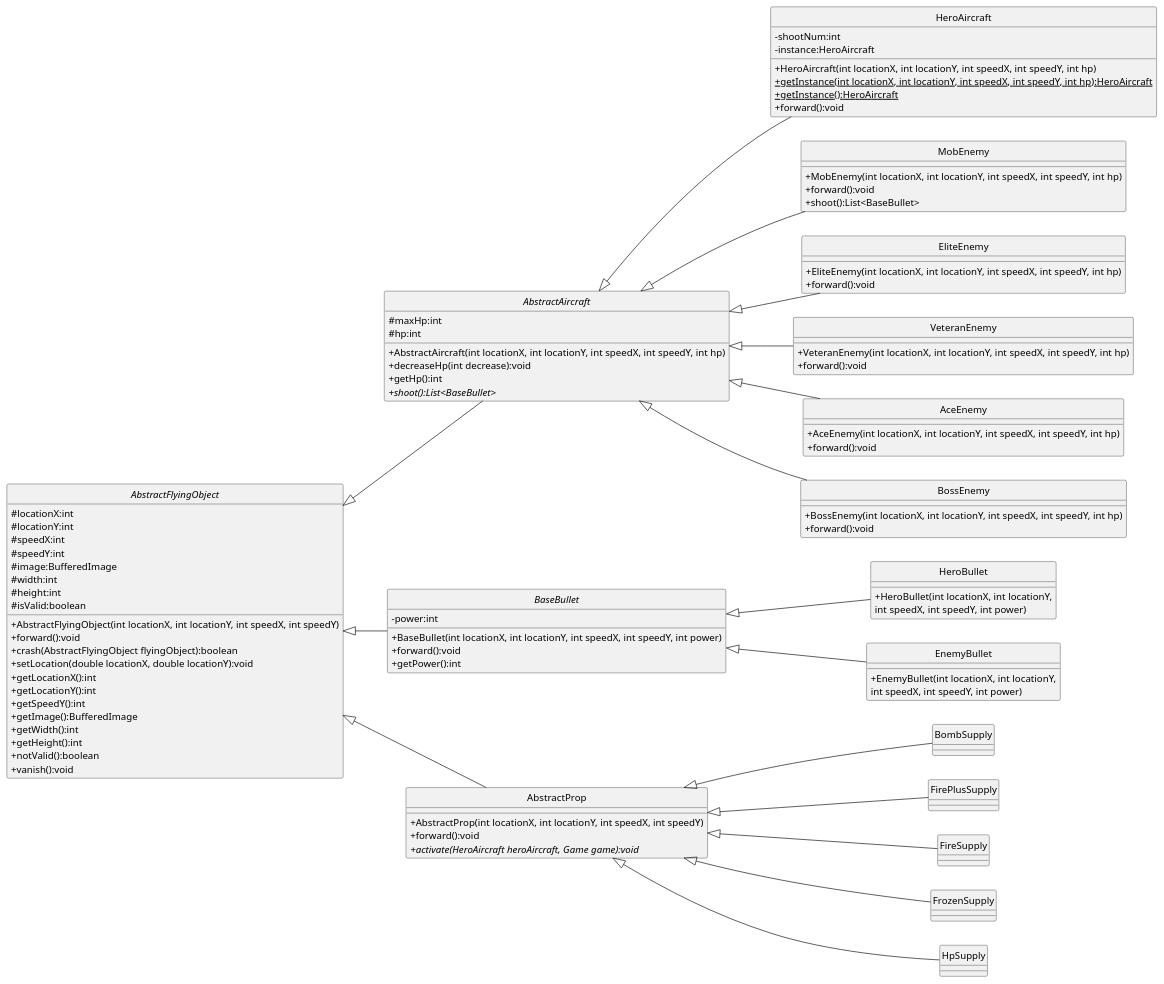
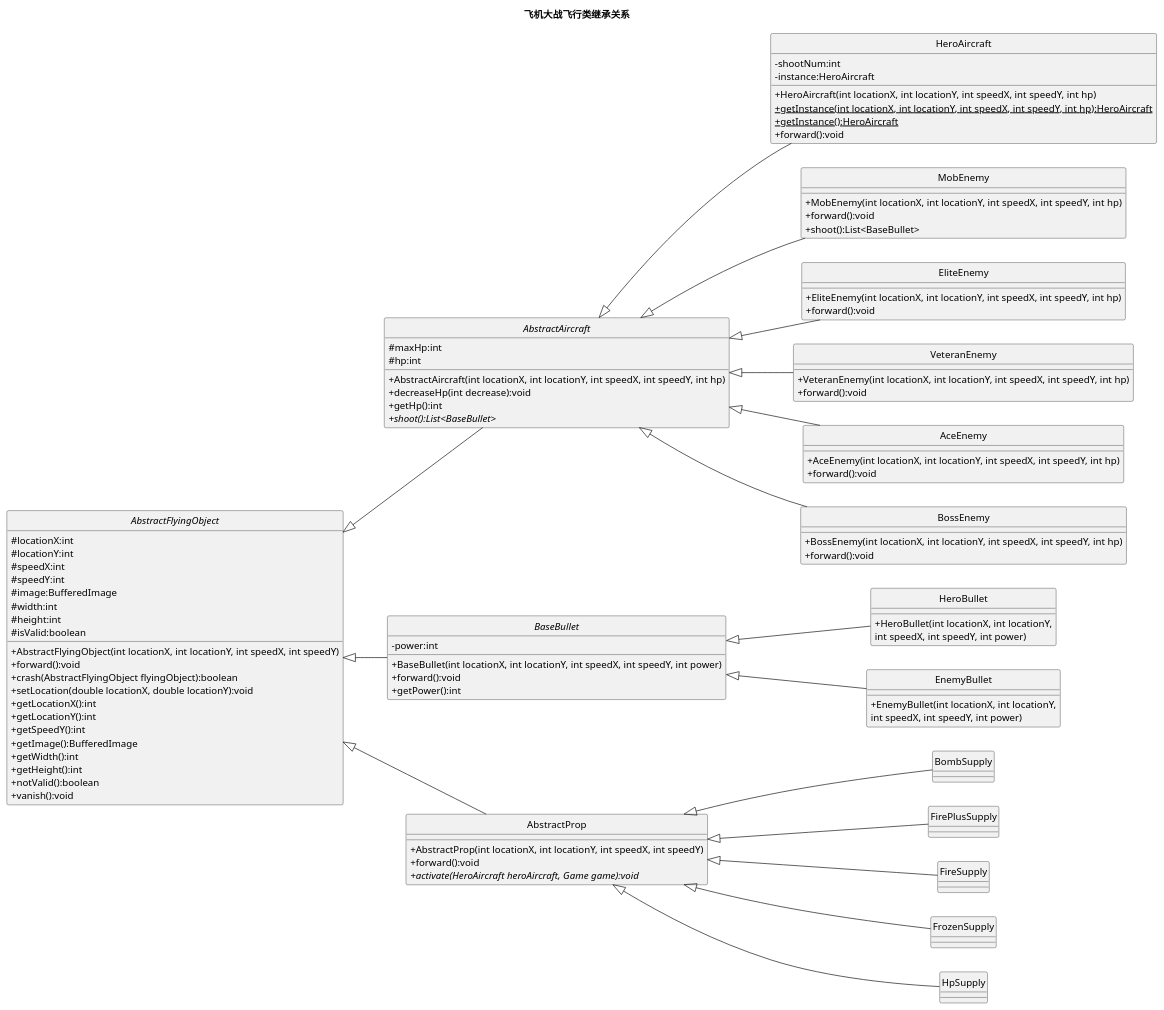
One commit to go1112/AircraftWar changed the diagram in uml/Inheritence.puml. Above: the diagram before and after it, drawn with PlantUML. The commit also changed 3 other files, not shown here.

Commit message:
完成工厂模式和策略模式的uml类图

```diff
--- a/uml/Inheritence.puml
+++ b/uml/Inheritence.puml
@@ -1,144 +1,145 @@
 @startuml
 'https://plantuml.com/class-diagram
+title 飞机大战飞行类继承关系
 skinparam classAttributeIconSize 0
 skinparam Style strictuml
 left to right direction
 abstract class AbstractFlyingObject{
     # locationX:int
     # locationY:int
     # speedX:int
     # speedY:int
     # image:BufferedImage
     # width:int
     # height:int
     # isValid:boolean
 
     + AbstractFlyingObject(int locationX, int locationY, int speedX, int speedY)
     + forward():void
     + crash(AbstractFlyingObject flyingObject):boolean
     + setLocation(double locationX, double locationY):void
     + getLocationX():int
     + getLocationY():int
     + getSpeedY():int
     + getImage():BufferedImage
     + getWidth():int
     + getHeight():int
     + notValid():boolean
     + vanish():void
 }
 abstract class AbstractAircraft
 {
     # maxHp:int
     # hp:int
     + AbstractAircraft(int locationX, int locationY, int speedX, int speedY, int hp)
     + decreaseHp(int decrease):void
     + getHp():int
     + {abstract} shoot():List<BaseBullet>
 }
 
 
 class HeroAircraft {
     - shootNum:int
     - instance:HeroAircraft
     + HeroAircraft(int locationX, int locationY, int speedX, int speedY, int hp)
     + {static} getInstance(int locationX, int locationY, int speedX, int speedY, int hp):HeroAircraft
     + {static} getInstance():HeroAircraft
     + forward():void
 }
 
 AbstractAircraft <|-- HeroAircraft
 
 class MobEnemy {
     + MobEnemy(int locationX, int locationY, int speedX, int speedY, int hp)
     + forward():void
     + shoot():List<BaseBullet>
 }
 AbstractAircraft <|-- MobEnemy
 
 class EliteEnemy{
     + EliteEnemy(int locationX, int locationY, int speedX, int speedY, int hp)
     + forward():void
 }
 AbstractAircraft <|-- EliteEnemy
 
 class VeteranEnemy{
     + VeteranEnemy(int locationX, int locationY, int speedX, int speedY, int hp)
     + forward():void
 }
 
 AbstractAircraft <|-- VeteranEnemy
 
 class AceEnemy{
     + AceEnemy(int locationX, int locationY, int speedX, int speedY, int hp)
     + forward():void
 }
 
 AbstractAircraft <|-- AceEnemy
 
 class BossEnemy{
     + BossEnemy(int locationX, int locationY, int speedX, int speedY, int hp)
     + forward():void
 }
 
 AbstractAircraft <|-- BossEnemy
 
 abstract class BaseBullet
 {
     - power:int
     + BaseBullet(int locationX, int locationY, int speedX, int speedY, int power)
     + forward():void
     + getPower():int
 }
 
 class HeroBullet {
     + HeroBullet(int locationX, int locationY,
     int speedX, int speedY, int power)
 }
 
 class EnemyBullet {
     + EnemyBullet(int locationX, int locationY,
     int speedX, int speedY, int power)
 }
 
 BaseBullet <|-- HeroBullet
 BaseBullet <|-- EnemyBullet
 
 
 class AbstractProp{
     + AbstractProp(int locationX, int locationY, int speedX, int speedY)
     + forward():void
     + {abstract} activate(HeroAircraft heroAircraft, Game game):void
 
 }
 
 class BombSupply{
 
 }
 AbstractProp <|-- BombSupply
 
 class FirePlusSupply{
 
 }
 AbstractProp <|-- FirePlusSupply
 
 class FireSupply{
 
 }
 AbstractProp <|-- FireSupply
 
 class FrozenSupply{
 
 }
 AbstractProp <|-- FrozenSupply
 
 class HpSupply{
 
 }
 AbstractProp <|-- HpSupply
 
 
 AbstractFlyingObject <|-- AbstractAircraft
 AbstractFlyingObject <|-- BaseBullet
 AbstractFlyingObject <|-- AbstractProp
 
 @enduml
```
